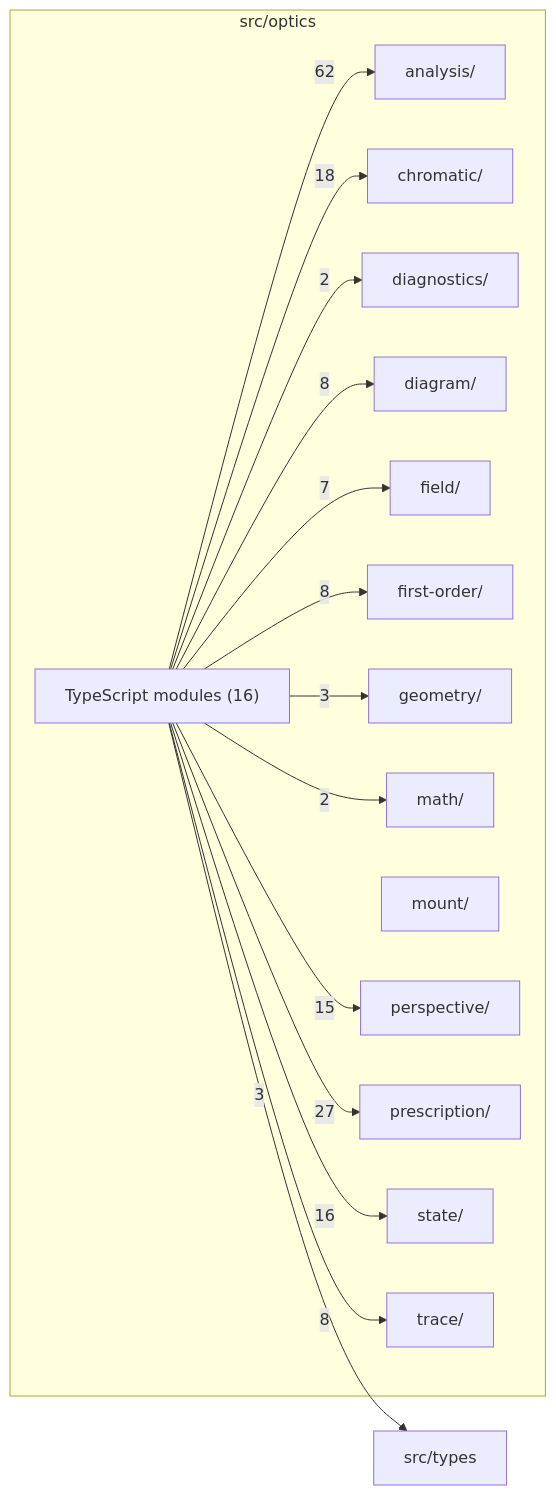
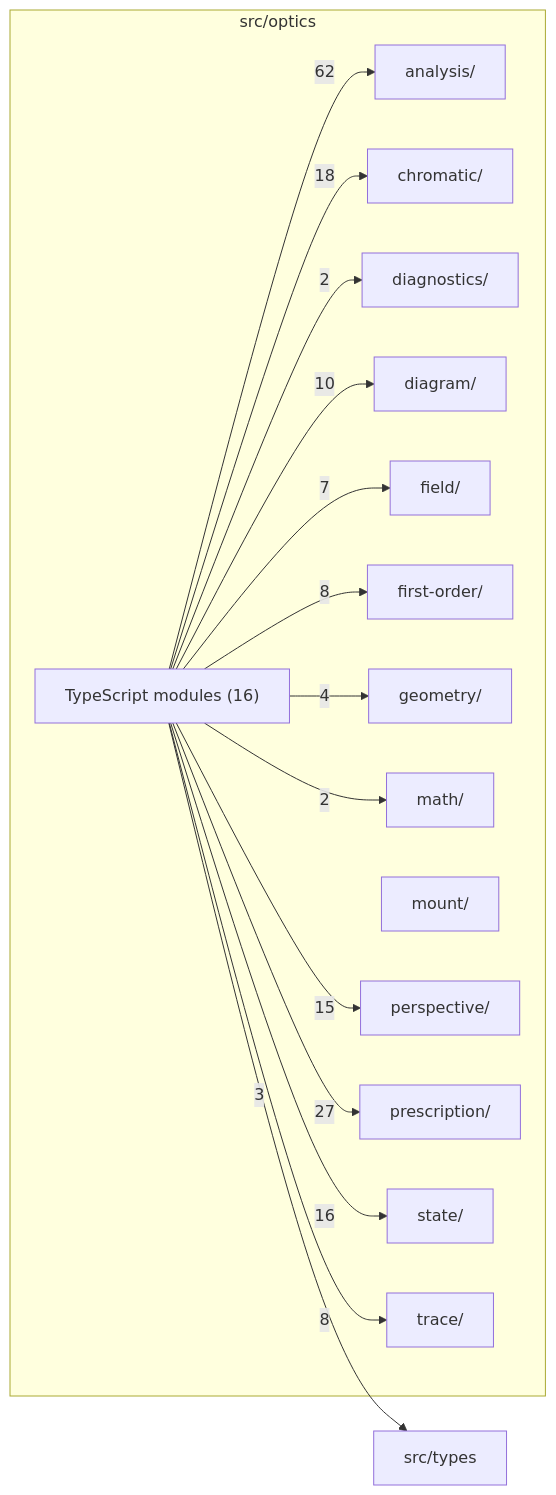
The diagram in src/optics/readme.md (ronbuening/LensVisualizer), drawn with Mermaid before and after one commit. The commit also changed other lines of this file and 57 other files, not shown here.

````diff
--- a/src/optics/readme.md
+++ b/src/optics/readme.md
@@ -9,33 +9,33 @@
 ```mermaid
 flowchart LR
   subgraph n_src_optics["src/optics"]
     n_src_optics_src_optics_analysis["analysis/"]
     n_src_optics_src_optics_chromatic["chromatic/"]
     n_src_optics_src_optics_diagnostics["diagnostics/"]
     n_src_optics_src_optics_diagram["diagram/"]
     n_src_optics_src_optics_field["field/"]
     n_src_optics_src_optics_first_order["first-order/"]
     n_src_optics_src_optics_geometry["geometry/"]
     n_src_optics_src_optics_math["math/"]
     n_src_optics_src_optics_mount["mount/"]
     n_src_optics_src_optics_perspective["perspective/"]
     n_src_optics_src_optics_prescription["prescription/"]
     n_src_optics_src_optics_state["state/"]
     n_src_optics_src_optics_trace["trace/"]
     n_src_optics_TypeScript_modules["TypeScript modules (16)"]
   end
   n_external_src_types["src/types"]
   n_src_optics_TypeScript_modules --> |62| n_src_optics_src_optics_analysis
   n_src_optics_TypeScript_modules --> |27| n_src_optics_src_optics_prescription
   n_src_optics_TypeScript_modules --> |18| n_src_optics_src_optics_chromatic
   n_src_optics_TypeScript_modules --> |16| n_src_optics_src_optics_state
   n_src_optics_TypeScript_modules --> |15| n_src_optics_src_optics_perspective
-  n_src_optics_TypeScript_modules --> |8| n_src_optics_src_optics_diagram
+  n_src_optics_TypeScript_modules --> |10| n_src_optics_src_optics_diagram
   n_src_optics_TypeScript_modules --> |8| n_src_optics_src_optics_first_order
   n_src_optics_TypeScript_modules --> |8| n_src_optics_src_optics_trace
   n_src_optics_TypeScript_modules --> |7| n_src_optics_src_optics_field
+  n_src_optics_TypeScript_modules --> |4| n_src_optics_src_optics_geometry
   n_src_optics_TypeScript_modules --> |3| n_external_src_types
-  n_src_optics_TypeScript_modules --> |3| n_src_optics_src_optics_geometry
   n_src_optics_TypeScript_modules --> |2| n_src_optics_src_optics_diagnostics
   n_src_optics_TypeScript_modules --> |2| n_src_optics_src_optics_math
 ```
````
